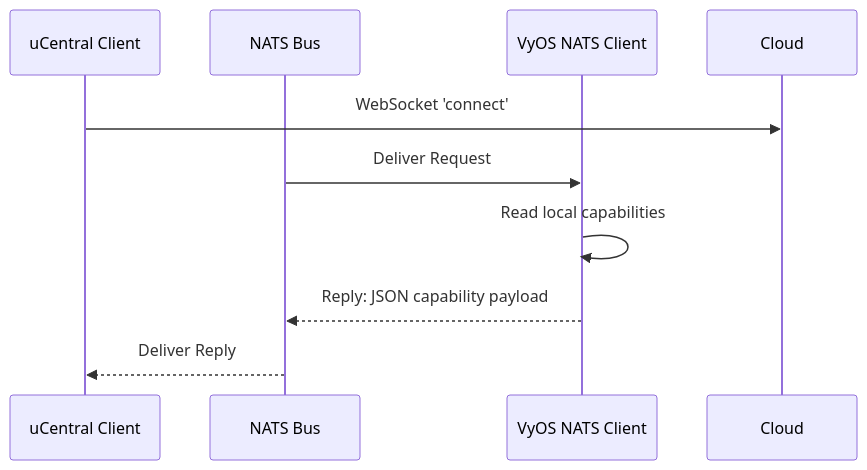
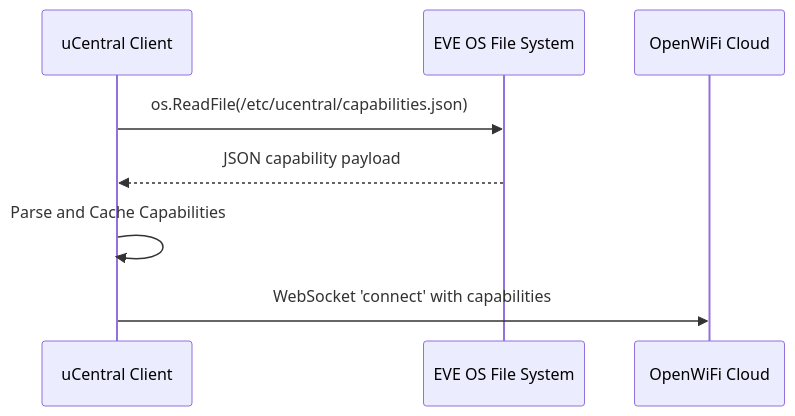
One commit to vimauryaxx/TIP-olg-ucentral-client changed the second of 5 diagrams in HIGH_LEVEL_DESIGN.md. Above: the diagram before and after it, drawn with Mermaid. The commit also changed other lines of this file and 4 other files, not shown here.

````diff
--- a/HIGH_LEVEL_DESIGN.md
+++ b/HIGH_LEVEL_DESIGN.md
@@ -146,12 +146,11 @@
 ```mermaid
 sequenceDiagram
     participant GoClient as uCentral Client
-    participant NATS as NATS Bus
-    participant VyOS as VyOS NATS Client
+    participant OS as EVE OS File System
+    participant Cloud as OpenWiFi Cloud
 
-    GoClient->>Cloud: WebSocket 'connect'
-    NATS->>VyOS: Deliver Request
-    VyOS->>VyOS: Read local capabilities
-    VyOS-->>NATS: Reply: JSON capability payload
-    NATS-->>GoClient: Deliver Reply
+    GoClient->>OS: os.ReadFile(/etc/ucentral/capabilities.json)
+    OS-->>GoClient: JSON capability payload
+    GoClient->>GoClient: Parse and Cache Capabilities
+    GoClient->>Cloud: WebSocket 'connect' with capabilities
 ```
````
